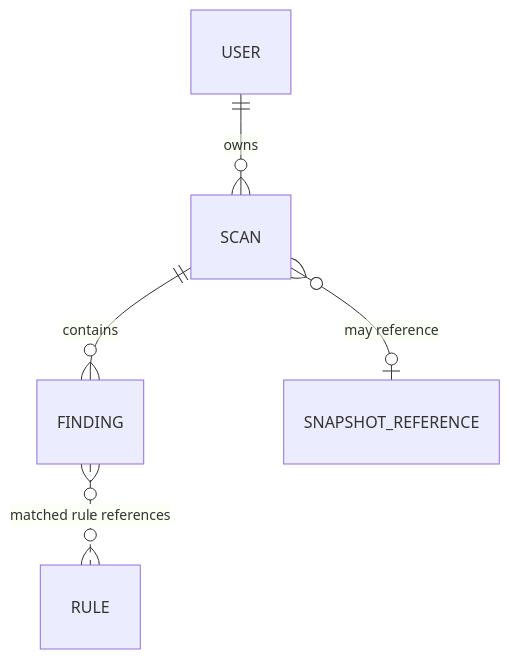
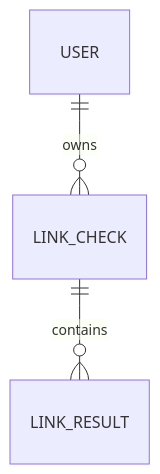
One commit to leebt253/HiddenLinkChecker changed the diagram in docs/domain-model.md. Above: the diagram before and after it, drawn with Mermaid. The commit also changed other lines of this file and 6 other files, not shown here.

````diff
--- a/docs/domain-model.md
+++ b/docs/domain-model.md
@@ -13,7 +13,5 @@
 ```mermaid
 erDiagram
-    USER ||--o{ SCAN : owns
-    SCAN ||--o{ FINDING : contains
-    FINDING }o..o{ RULE : "matched rule references"
-    SCAN }o--o| SNAPSHOT_REFERENCE : "may reference"
+    USER ||--o{ LINK_CHECK : owns
+    LINK_CHECK ||--o{ LINK_RESULT : contains
 ```
````
